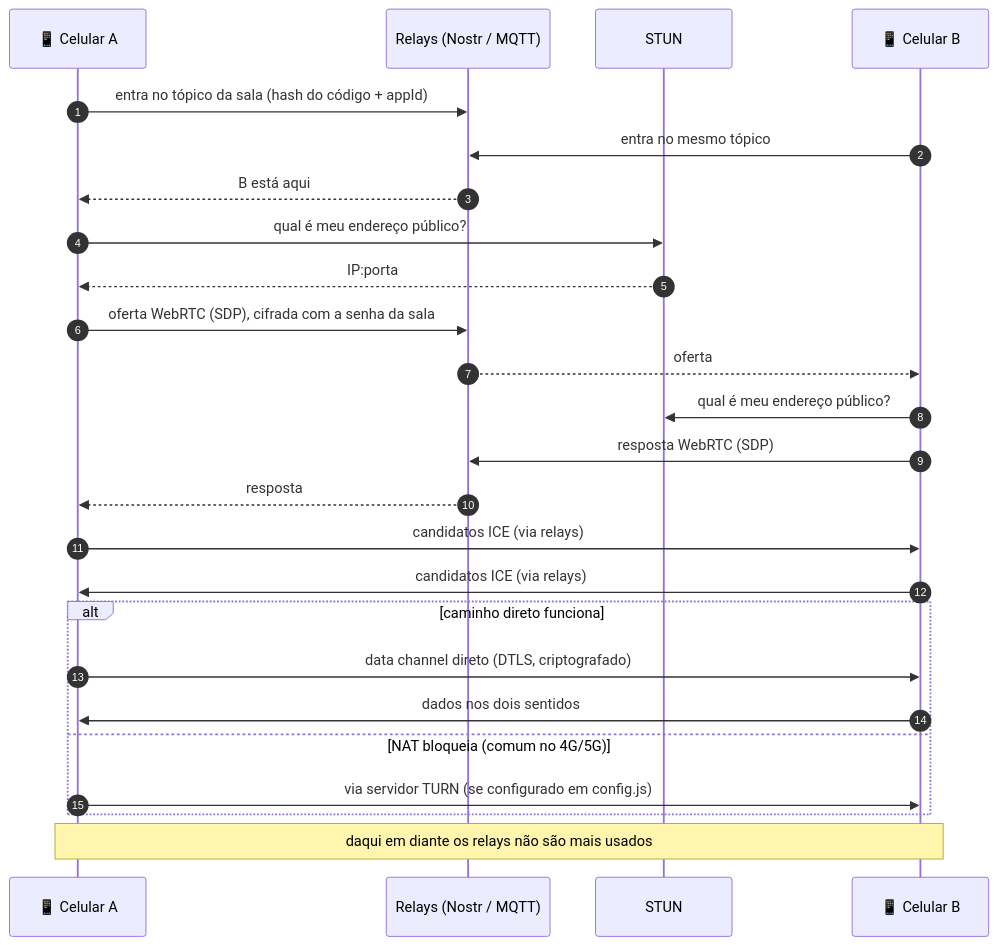
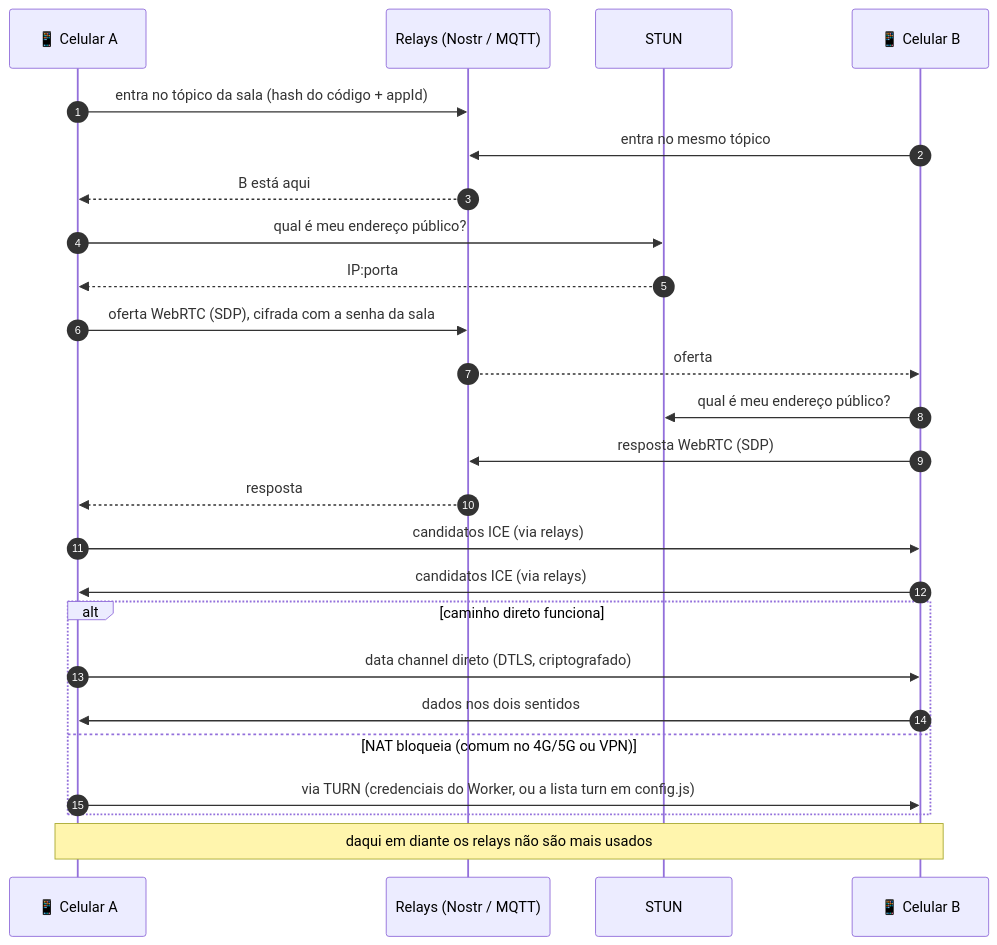
The third of 15 diagrams in docs/p2p.md (sschonss/ito), drawn with Mermaid before and after one commit. The commit also changed other lines of this file and 10 other files, not shown here.

First line of the commit message:
Pede credenciais TURN ao Worker da Cloudflare

````diff
--- a/docs/p2p.md
+++ b/docs/p2p.md
@@ -68,27 +68,27 @@
 ```mermaid
 sequenceDiagram
   autonumber
   participant A as 📱 Celular A
   participant R as Relays (Nostr / MQTT)
   participant S as STUN
   participant B as 📱 Celular B
   A->>R: entra no tópico da sala (hash do código + appId)
   B->>R: entra no mesmo tópico
   R-->>A: B está aqui
   A->>S: qual é meu endereço público?
   S-->>A: IP:porta
   A->>R: oferta WebRTC (SDP), cifrada com a senha da sala
   R-->>B: oferta
   B->>S: qual é meu endereço público?
   B->>R: resposta WebRTC (SDP)
   R-->>A: resposta
   A->>B: candidatos ICE (via relays)
   B->>A: candidatos ICE (via relays)
   alt caminho direto funciona
     A->>B: data channel direto (DTLS, criptografado)
     B->>A: dados nos dois sentidos
-  else NAT bloqueia (comum no 4G/5G)
-    A->>B: via servidor TURN (se configurado em config.js)
+  else NAT bloqueia (comum no 4G/5G ou VPN)
+    A->>B: via TURN (credenciais do Worker, ou a lista turn em config.js)
   end
   Note over A,B: daqui em diante os relays não são mais usados
 ```
````
